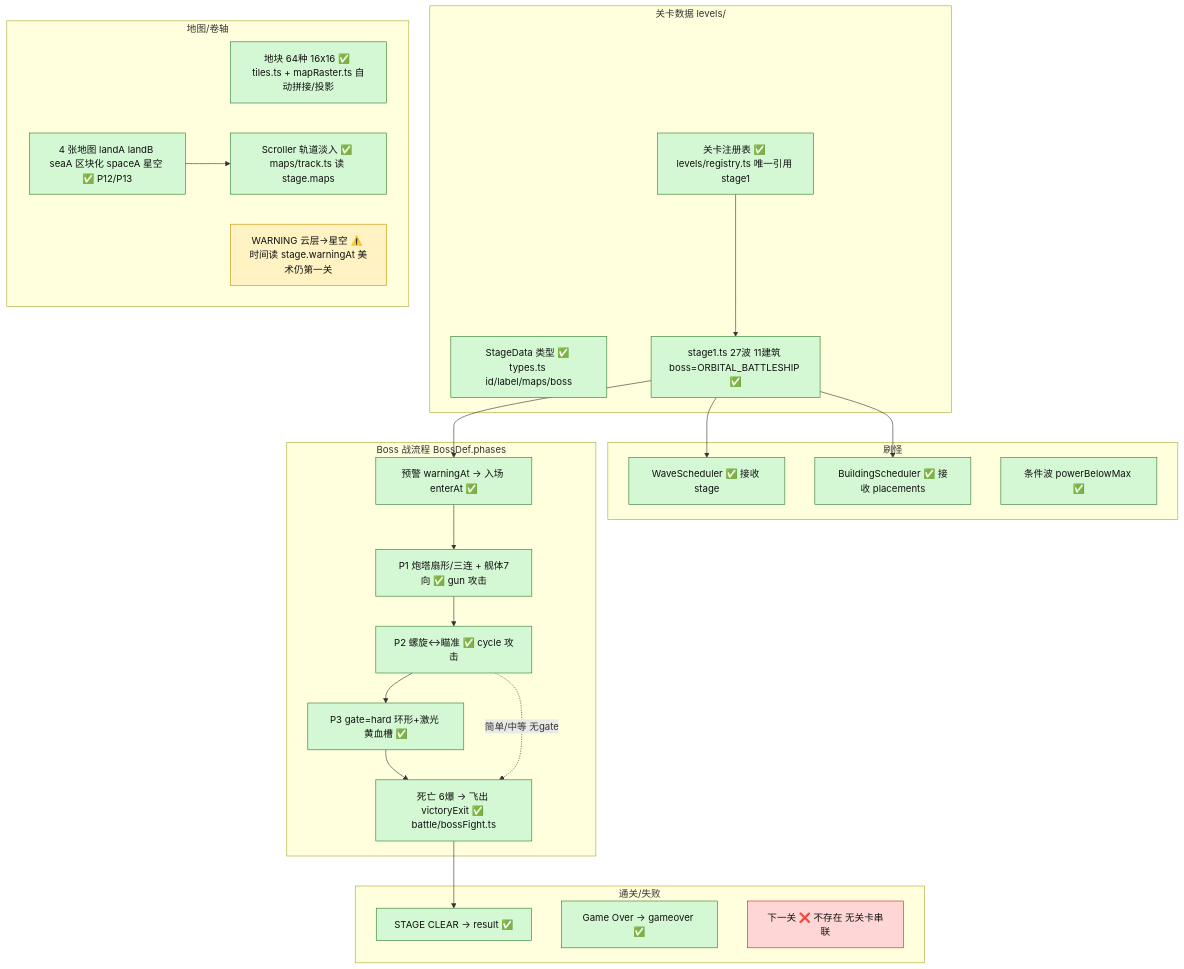
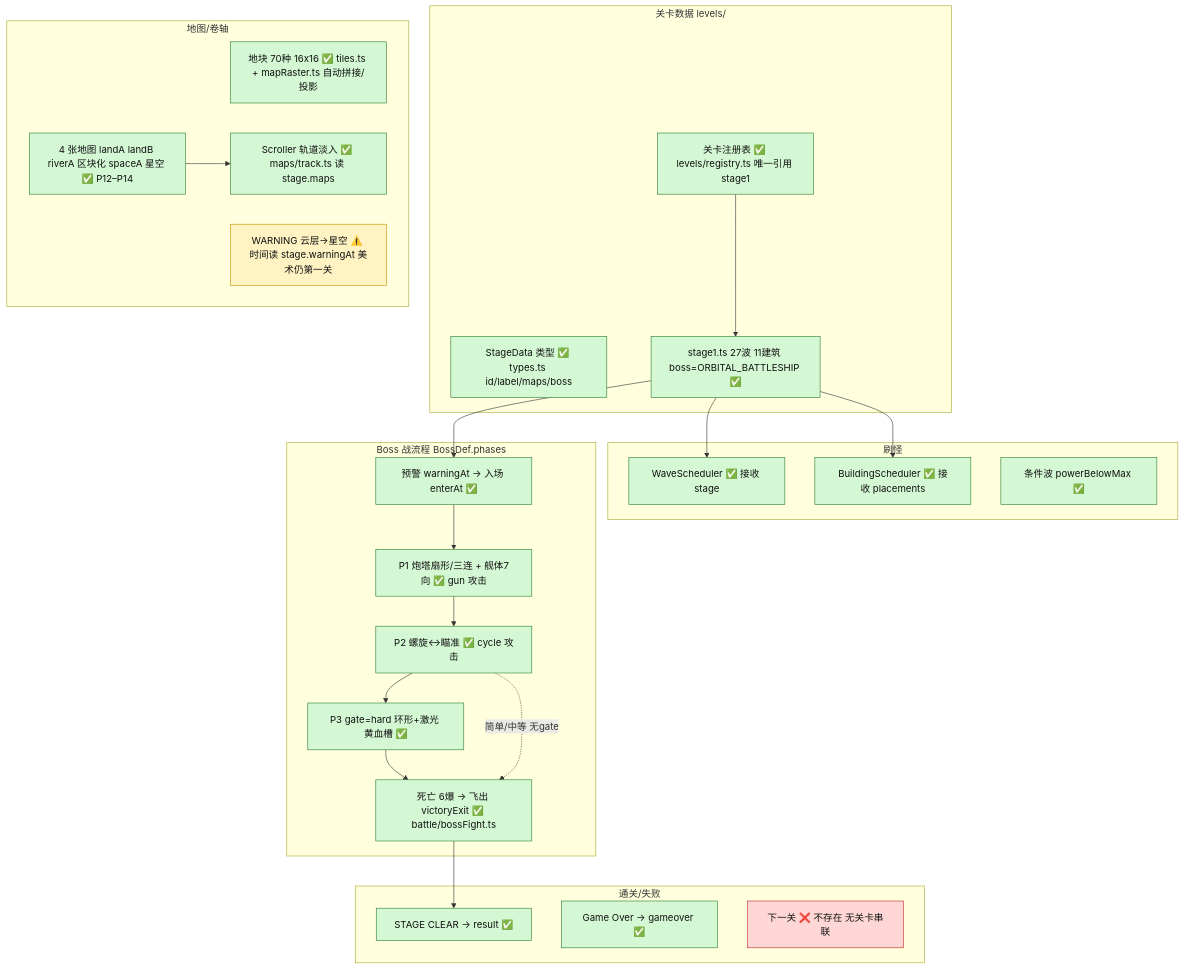
The fourth of 5 diagrams in docs/电雷_架构图_P11.md (thedb/dianlei), drawn with Mermaid before and after one commit. The commit also changed other lines of this file and 20 other files, not shown here.

````diff
--- a/docs/电雷_架构图_P11.md
+++ b/docs/电雷_架构图_P11.md
@@ -239,47 +239,47 @@
 ```mermaid
 flowchart TD
   classDef done fill:#d4f7d4,stroke:#2e7d32,color:#111
   classDef partial fill:#fff3c4,stroke:#c79100,color:#111
   classDef hard fill:#ffd6d6,stroke:#c62828,color:#111
 
   subgraph DATA["关卡数据 levels/"]
     SD["StageData 类型 ✅ types.ts id/label/maps/boss"]:::done
     S1["stage1.ts 27波 11建筑 boss=ORBITAL_BATTLESHIP ✅"]:::done
     REGS["关卡注册表 ✅ levels/registry.ts 唯一引用 stage1"]:::done
   end
 
   subgraph MAP["地图/卷轴"]
-    T1["地块 64种 16x16 ✅ tiles.ts + mapRaster.ts 自动拼接/投影"]:::done
-    T2["4 张地图 landA landB seaA 区块化 spaceA 星空 ✅ P12/P13"]:::done
+    T1["地块 70种 16x16 ✅ tiles.ts + mapRaster.ts 自动拼接/投影"]:::done
+    T2["4 张地图 landA landB riverA 区块化 spaceA 星空 ✅ P12–P14"]:::done
     T3["Scroller 轨道淡入 ✅ maps/track.ts 读 stage.maps"]:::done
     T4["WARNING 云层->星空 ⚠️ 时间读 stage.warningAt 美术仍第一关"]:::partial
   end
 
   subgraph SPAWN["刷怪"]
     W1["WaveScheduler ✅ 接收 stage"]:::done
     W2["BuildingScheduler ✅ 接收 placements"]:::done
     W3["条件波 powerBelowMax ✅"]:::done
   end
 
   subgraph BF["Boss 战流程 BossDef.phases"]
     BF1["预警 warningAt -> 入场 enterAt ✅"]:::done
     BF2["P1 炮塔扇形/三连 + 舰体7向 ✅ gun 攻击"]:::done
     BF3["P2 螺旋<->瞄准 ✅ cycle 攻击"]:::done
     BF4["P3 gate=hard 环形+激光 黄血槽 ✅"]:::done
     BF5["死亡 6爆 -> 飞出 victoryExit ✅ battle/bossFight.ts"]:::done
   end
 
   subgraph END["通关/失败"]
     R1["STAGE CLEAR -> result ✅"]:::done
     R2["Game Over -> gameover ✅"]:::done
     R3["下一关 ❌ 不存在 无关卡串联"]:::hard
   end
 
   REGS --> S1
   S1 --> W1
   S1 --> W2
   S1 --> BF1
   T2 --> T3
   BF1 --> BF2 --> BF3 --> BF4 --> BF5 --> R1
   BF3 -.简单/中等 无gate.-> BF5
 ```
````
